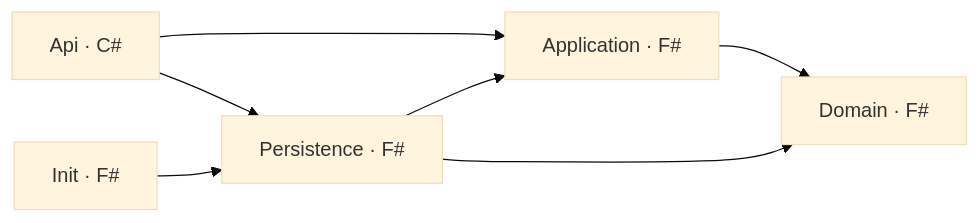
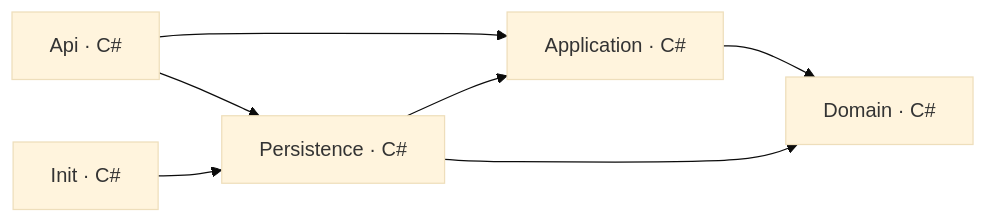
One commit to dadyarri/MelodyTrack changed the diagram in specification/architecture.md. Above: the diagram before and after it, drawn with Mermaid (base theme). The commit also changed other lines of this file and 23 other files, not shown here.

````diff
--- a/specification/architecture.md
+++ b/specification/architecture.md
@@ -66,9 +42,9 @@
 ```mermaid
 flowchart LR
-    Api[Api · C#] --> App[Application · F#]
-    Api --> Db[Persistence · F#]
-    App --> Domain[Domain · F#]
+    Api[Api · C#] --> App[Application · C#]
+    Api --> Db[Persistence · C#]
+    App --> Domain[Domain · C#]
     Db --> App
     Db --> Domain
-    Init[Init · F#] --> Db
+    Init[Init · C#] --> Db
 ```
````
